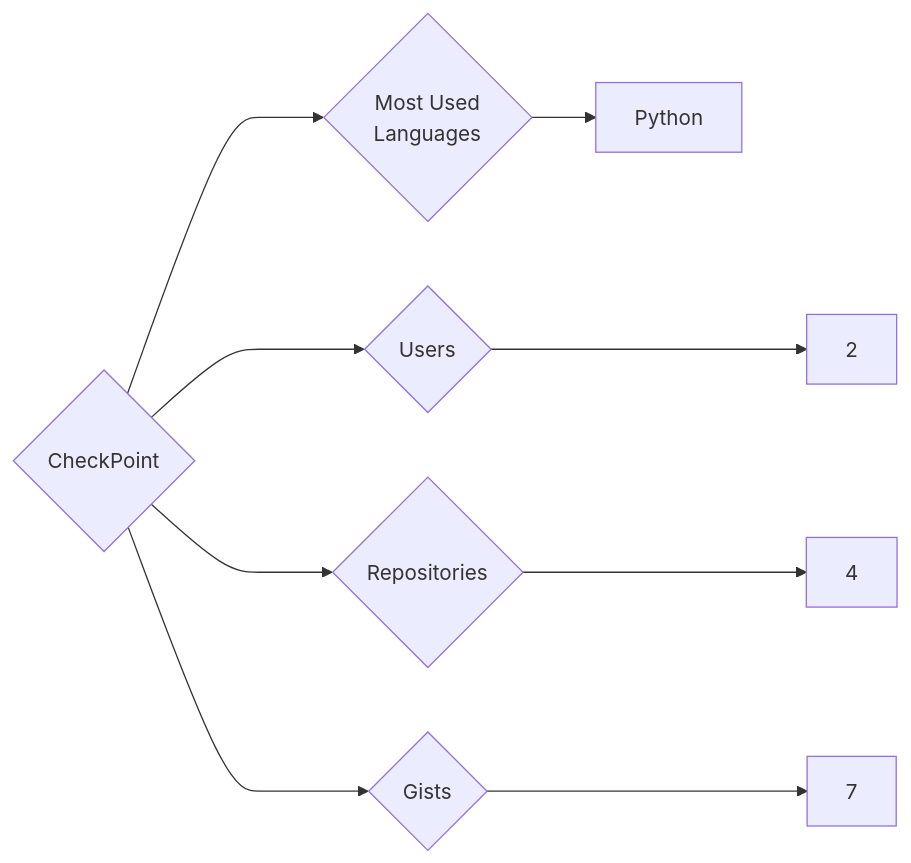
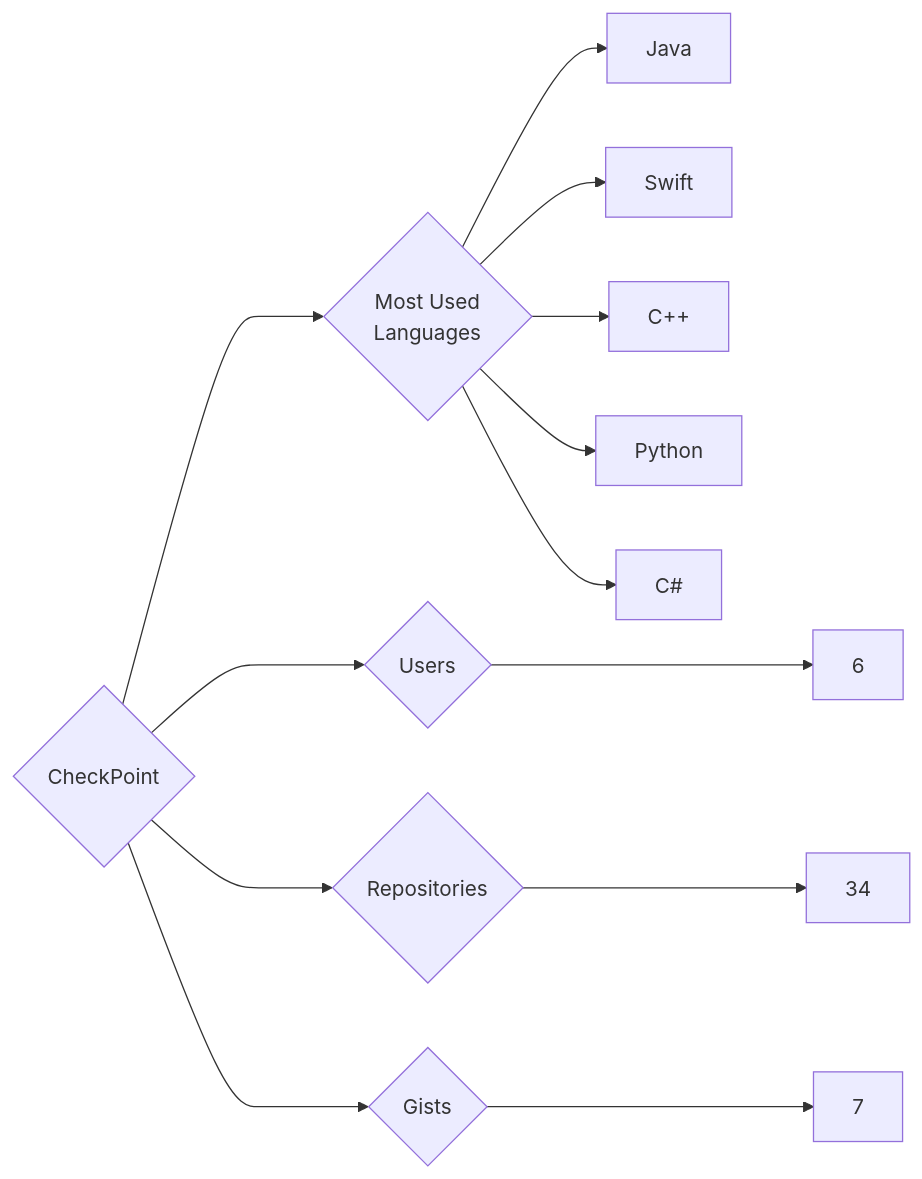
Before and after one commit to trickest/insiders: the diagram in targets/CheckPoint/README.md, drawn with Mermaid. The commit also changed 1314 other files, not shown here.

````diff
--- a/targets/CheckPoint/README.md
+++ b/targets/CheckPoint/README.md
@@ -3,9 +3,13 @@
 ```mermaid
 graph LR
 COMPANY_NAME{CheckPoint}
-COMPANY_NAME ---> U{Users} ---> UN[2]
-COMPANY_NAME ---> R{Repositories} ---> RN[4]
+COMPANY_NAME ---> U{Users} ---> UN[6]
+COMPANY_NAME ---> R{Repositories} ---> RN[34]
 COMPANY_NAME ---> G{Gists} ---> GN[7]
 COMPANY_NAME ---> ML{Most Used<br>Languages}
+ML --> Java[Java]
+ML --> Swift[Swift]
+ML --> C++[C++]
 ML --> Python[Python]
+ML --> C#[C#]
 ```
````
